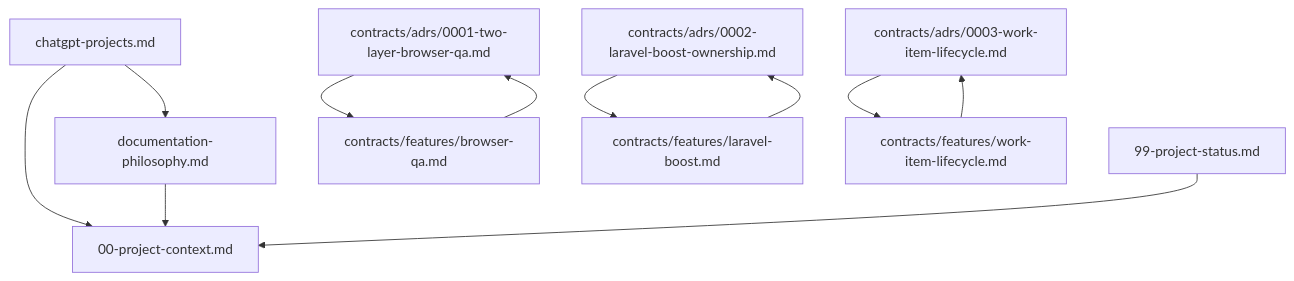
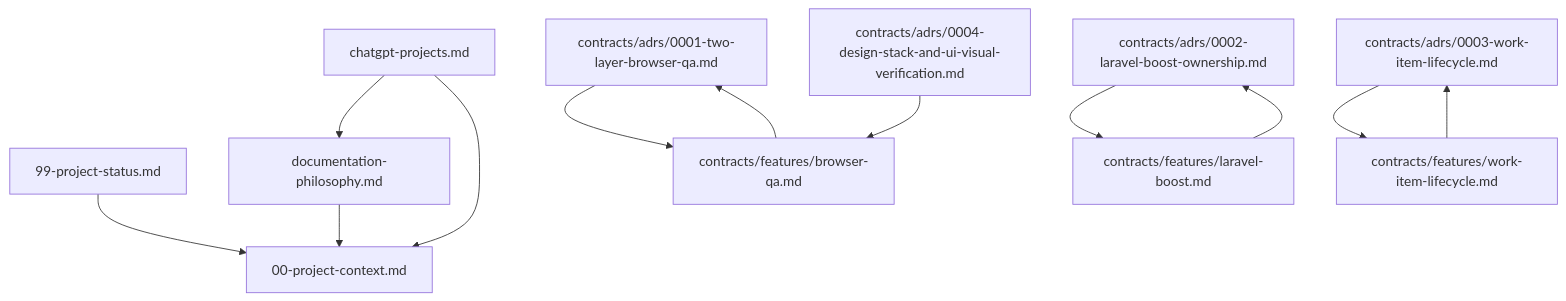
Before and after one commit to ConlinJoe/ai-platform: the diagram in docs/README.md, drawn with Mermaid. The commit also changed other lines of this file and 84 other files, not shown here.

````diff
--- a/docs/README.md
+++ b/docs/README.md
@@ -29,24 +30,26 @@
 ```mermaid
 flowchart TD
   context[00-project-context.md]
   status[99-project-status.md]
   philosophy[documentation-philosophy.md]
   chatgpt[chatgpt-projects.md]
   browserAdr[contracts/adrs/0001-two-layer-browser-qa.md]
   boostAdr[contracts/adrs/0002-laravel-boost-ownership.md]
   workAdr[contracts/adrs/0003-work-item-lifecycle.md]
+  designAdr[contracts/adrs/0004-design-stack-and-ui-visual-verification.md]
   browserQa[contracts/features/browser-qa.md]
   boost[contracts/features/laravel-boost.md]
   workItems[contracts/features/work-item-lifecycle.md]
 
   chatgpt --> philosophy
   chatgpt --> context
   philosophy --> context
   status --> context
   browserAdr --> browserQa
   boostAdr --> boost
   workAdr --> workItems
+  designAdr --> browserQa
   browserQa --> browserAdr
   boost --> boostAdr
   workItems --> workAdr
 ```
````
